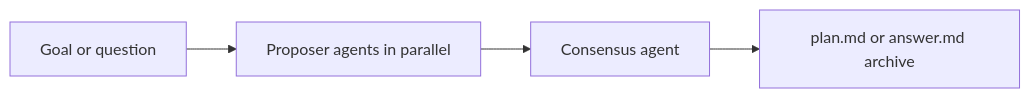
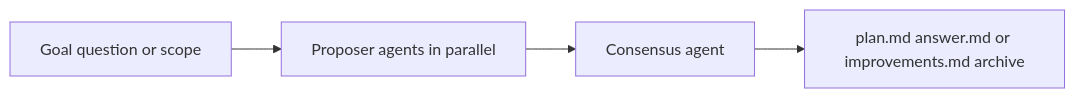
Before and after one commit to marianocarrazana/planner-ai: the diagram in README.md, drawn with Mermaid. The commit also changed other lines of this file and 19 other files, not shown here.

````diff
--- a/README.md
+++ b/README.md
@@ -109,6 +110,6 @@
 ```mermaid
 flowchart LR
-  Goal[Goal or question] --> Proposers[Proposer agents in parallel]
+  Goal[Goal question or scope] --> Proposers[Proposer agents in parallel]
   Proposers --> Consensus[Consensus agent]
-  Consensus --> Plan[plan.md or answer.md archive]
+  Consensus --> Plan[plan.md answer.md or improvements.md archive]
 ```
````
